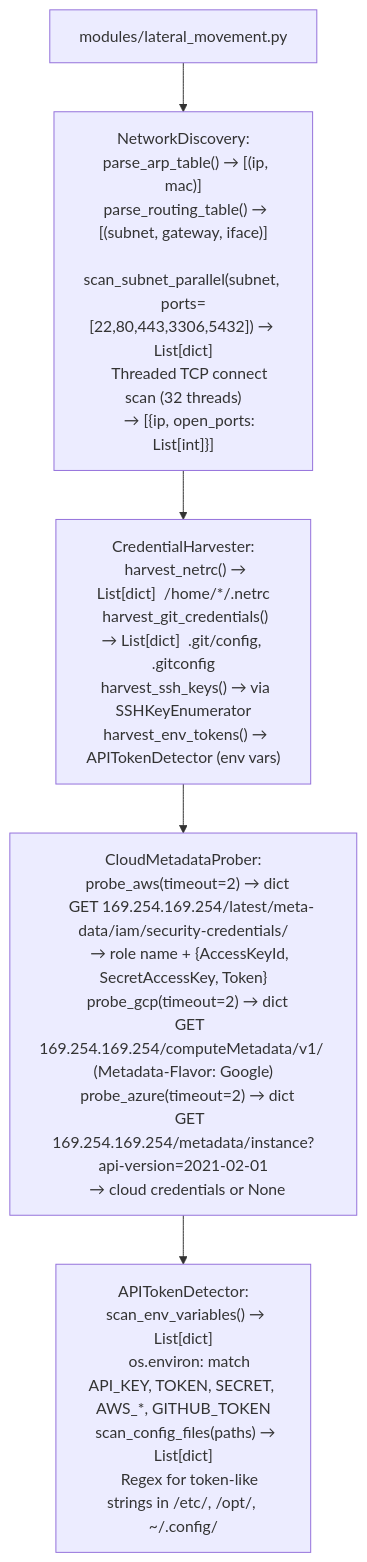
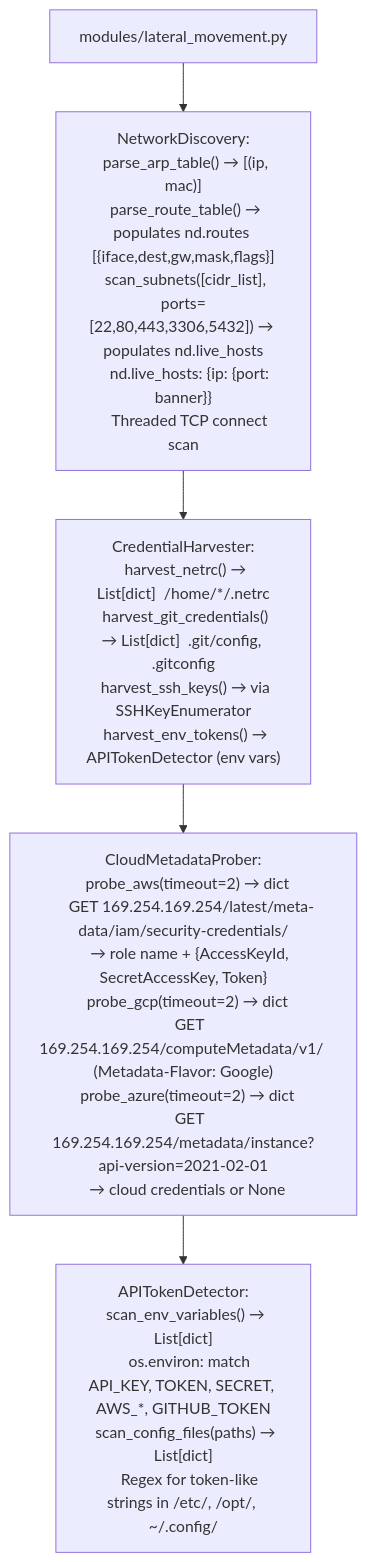
One commit to Ablation-Tool/ablation changed the diagram in docs/reference-modules/internal-network-reconnaissance.md. Above: the diagram before and after it, drawn with Mermaid. The commit also changed other lines of this file and 4 other files, not shown here.

````diff
--- a/docs/reference-modules/internal-network-reconnaissance.md
+++ b/docs/reference-modules/internal-network-reconnaissance.md
@@ -19,7 +19,7 @@
 ```mermaid
 flowchart TD
-    A["modules/lateral_movement.py"] --> B["NetworkDiscovery:\n  parse_arp_table() → [(ip, mac)]\n  parse_routing_table() → [(subnet, gateway, iface)]\n  scan_subnet_parallel(subnet, ports=[22,80,443,3306,5432]) → List[dict]\n    Threaded TCP connect scan (32 threads)\n    → [{ip, open_ports: List[int]}]"]
+    A["modules/lateral_movement.py"] --> B["NetworkDiscovery:\n  parse_arp_table() → [(ip, mac)]\n  parse_route_table() → populates nd.routes [{iface,dest,gw,mask,flags}]\n  scan_subnets([cidr_list], ports=[22,80,443,3306,5432]) → populates nd.live_hosts\n    nd.live_hosts: {ip: {port: banner}}\n    Threaded TCP connect scan"]
     B --> C["CredentialHarvester:\n  harvest_netrc() → List[dict]  /home/*/.netrc\n  harvest_git_credentials() → List[dict]  .git/config, .gitconfig\n  harvest_ssh_keys() → via SSHKeyEnumerator\n  harvest_env_tokens() → APITokenDetector (env vars)"]
     C --> D["CloudMetadataProber:\n  probe_aws(timeout=2) → dict\n    GET 169.254.169.254/latest/meta-data/iam/security-credentials/\n    → role name + {AccessKeyId, SecretAccessKey, Token}\n  probe_gcp(timeout=2) → dict\n    GET 169.254.169.254/computeMetadata/v1/ (Metadata-Flavor: Google)\n  probe_azure(timeout=2) → dict\n    GET 169.254.169.254/metadata/instance?api-version=2021-02-01\n  → cloud credentials or None"]
     D --> E["APITokenDetector:\n  scan_env_variables() → List[dict]\n    os.environ: match API_KEY, TOKEN, SECRET, AWS_*, GITHUB_TOKEN\n  scan_config_files(paths) → List[dict]\n    Regex for token-like strings in /etc/, /opt/, ~/.config/"]
 ```
````
